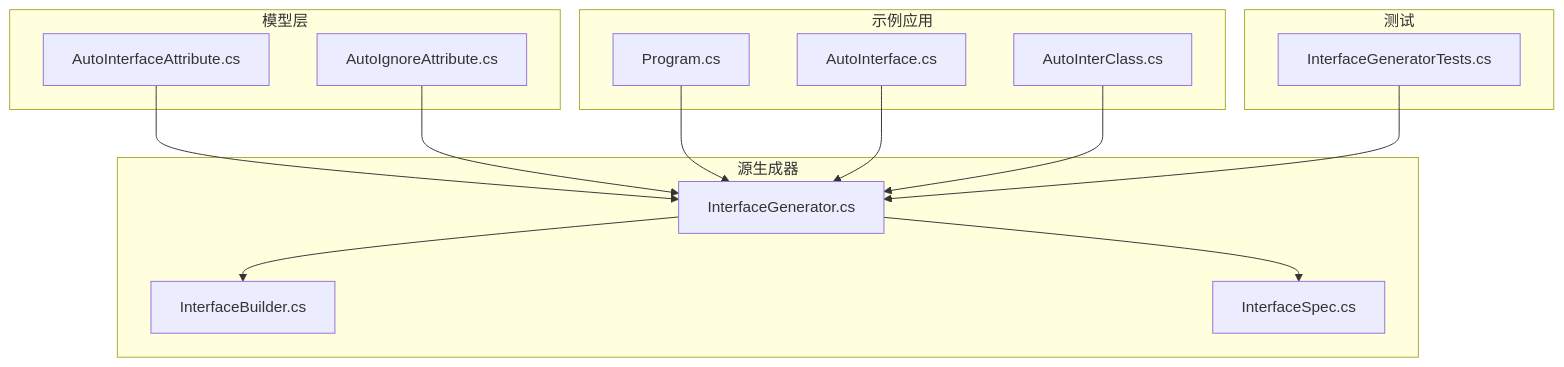
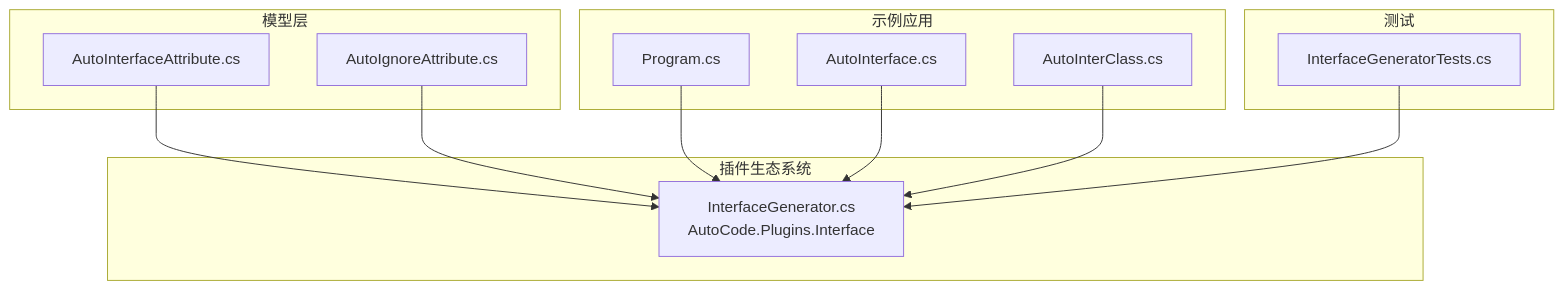
One commit to alivy/AutoCode changed the first of 3 diagrams in .qoder/repowiki/zh/content/源代码生成器/接口生成器.md. Above: the diagram before and after it, drawn with Mermaid. The commit also changed other lines of this file and 279 other files, not shown here.

````diff
--- a/.qoder/repowiki/zh/content/源代码生成器/接口生成器.md
+++ b/.qoder/repowiki/zh/content/源代码生成器/接口生成器.md
@@ -54,28 +49,24 @@
 ```mermaid
 graph TB
 subgraph "模型层"
 AIA["AutoInterfaceAttribute.cs"]
 AIG["AutoIgnoreAttribute.cs"]
 end
-subgraph "源生成器"
-IG["InterfaceGenerator.cs"]
-IB["InterfaceBuilder.cs"]
-ISpec["InterfaceSpec.cs"]
+subgraph "插件生态系统"
+IG["InterfaceGenerator.cs<br/>AutoCode.Plugins.Interface"]
 end
 subgraph "示例应用"
 APP_Program["Program.cs"]
 APP_AutoInterface["AutoInterface.cs"]
 APP_AutoInterClass["AutoInterClass.cs"]
 end
 subgraph "测试"
 Tests["InterfaceGeneratorTests.cs"]
 end
 AIA --> IG
 AIG --> IG
-IG --> IB
-IG --> ISpec
 APP_Program --> IG
 APP_AutoInterface --> IG
 APP_AutoInterClass --> IG
 Tests --> IG
 ```
````
